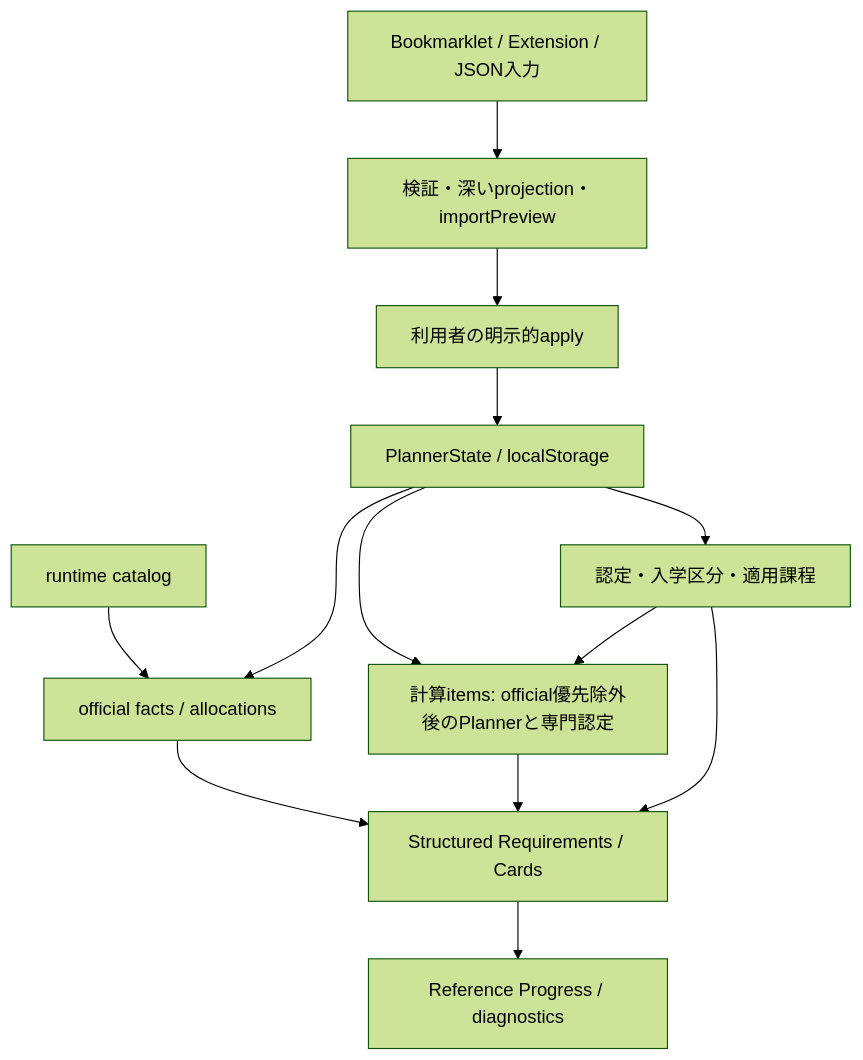
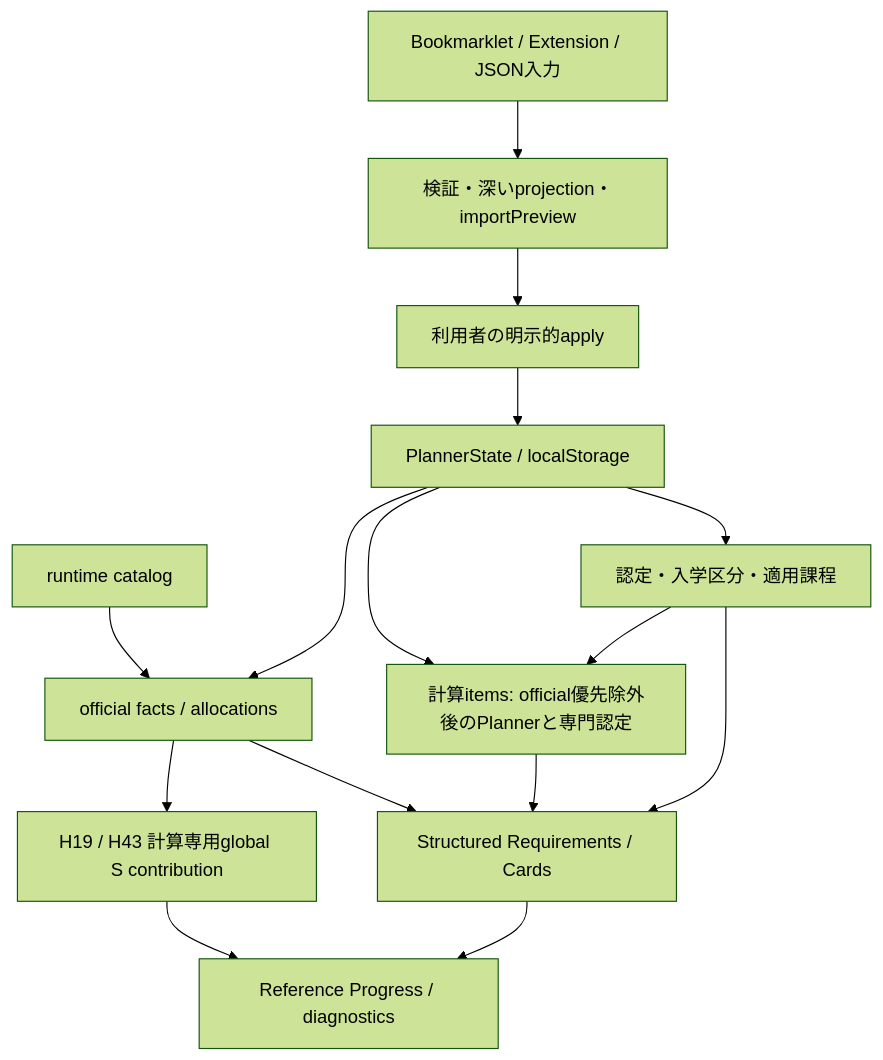
The diagram in docs/planner/architecture.md (wata-0911/housei-media), drawn with Mermaid (forest theme) before and after one commit. The commit also changed other lines of this file and 7 other files, not shown here.

````diff
--- a/docs/planner/architecture.md
+++ b/docs/planner/architecture.md
@@ -23,15 +23,17 @@
 ```mermaid
 flowchart TD
   Capture[Bookmarklet / Extension / JSON入力] --> Preview[検証・深いprojection・importPreview]
   Preview --> Apply[利用者の明示的apply]
   Apply --> State[PlannerState / localStorage]
   Catalog[runtime catalog] --> Facts[official facts / allocations]
   State --> Facts
   State --> Items[計算items: official優先除外後のPlannerと専門認定]
   State --> Recognition[認定・入学区分・適用課程]
   Recognition --> Items
+  Facts --> GlobalS[H19 / H43 計算専用global S contribution]
+  GlobalS --> Reference
   Facts --> Consumers[Structured Requirements / Cards]
   Items --> Consumers
   Recognition --> Consumers
   Consumers --> Reference[Reference Progress / diagnostics]
 ```
````
